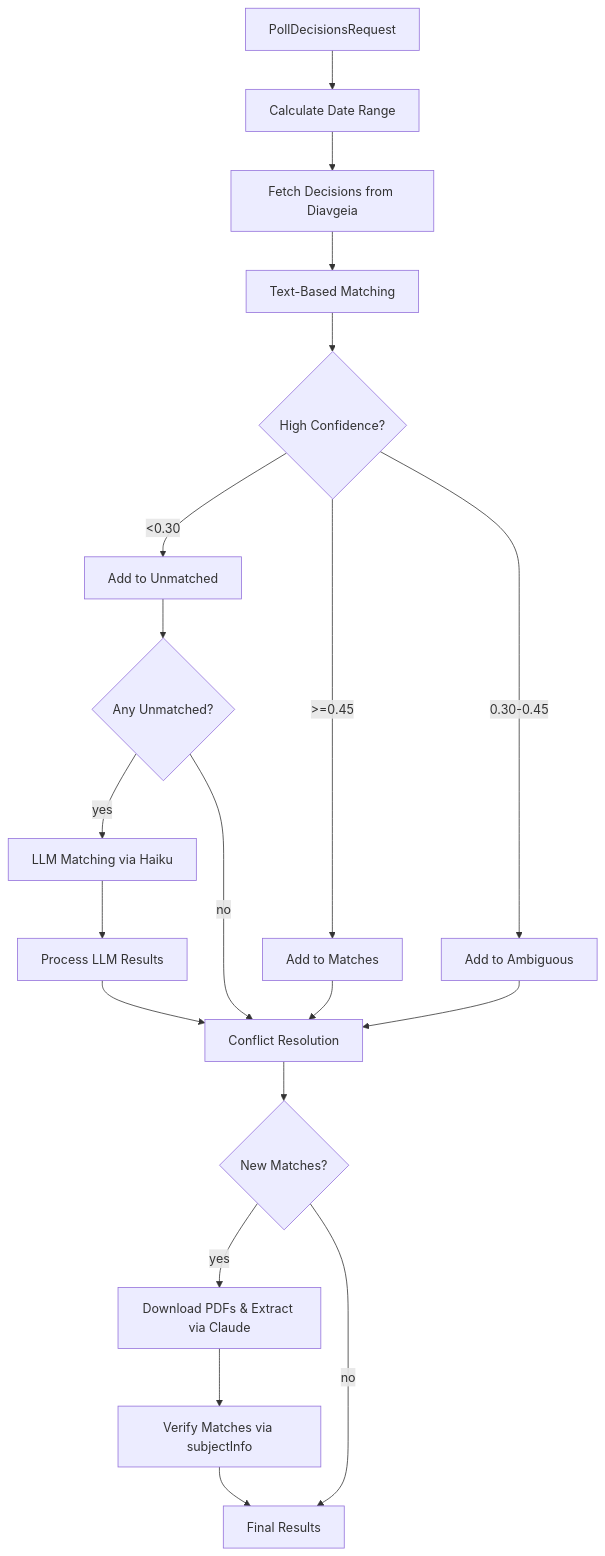
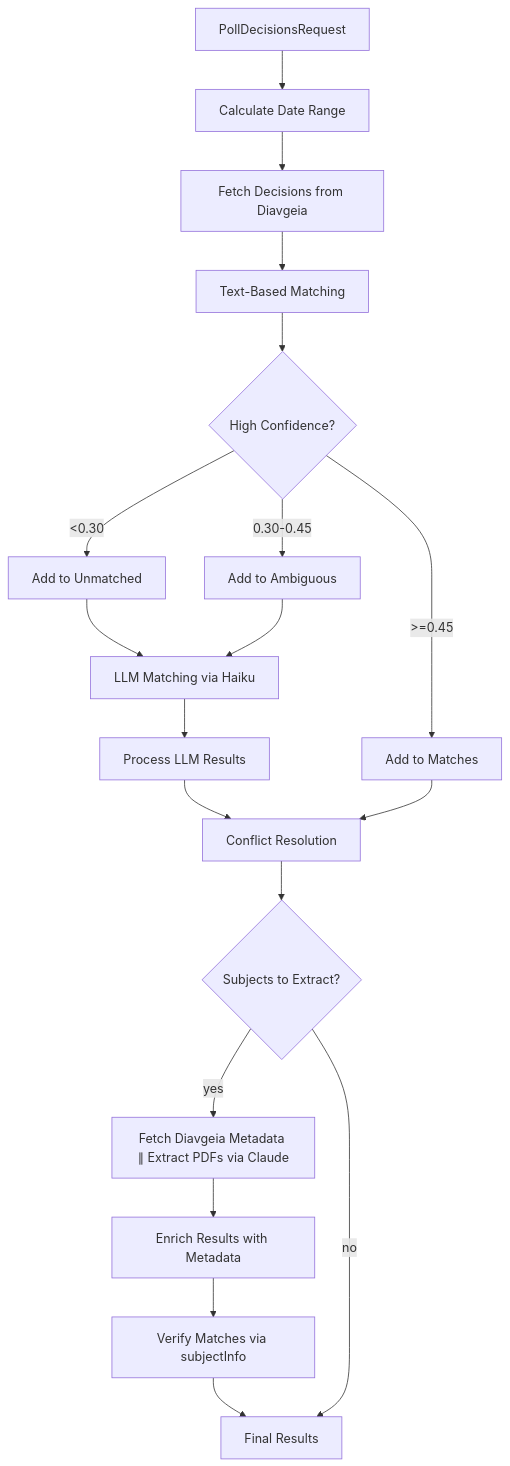
Before and after one commit to schemalabz/opencouncil-tasks: the diagram in docs/pollDecisions.md, drawn with Mermaid. The commit also changed other lines of this file and 1 other file, not shown here.

Commit message:
feat: resolve ambiguous subject matches via LLM
Ambiguous subjects (multiple candidates with similar text scores) were
left unresolved. Now they're included in the LLM matching pass alongside
unmatched subjects, allowing the LLM to disambiguate based on semantic
understanding (e.g. school numbers like "4ο Γυμνάσιο" vs "7ο Γυμνάσιο"
that text similarity can't differentiate).

````diff
--- a/docs/pollDecisions.md
+++ b/docs/pollDecisions.md
@@ -16,22 +16,21 @@
 ```mermaid
 flowchart TD
   A[PollDecisionsRequest] --> B[Calculate Date Range]
   B --> C[Fetch Decisions from Diavgeia]
   C --> D[Text-Based Matching]
   D --> E{High Confidence?}
   E -- >=0.45 --> F[Add to Matches]
   E -- 0.30-0.45 --> G[Add to Ambiguous]
   E -- <0.30 --> H[Add to Unmatched]
-  H --> I{Any Unmatched?}
-  I -- yes --> J[LLM Matching via Haiku]
-  J --> K[Process LLM Results]
-  K --> L[Conflict Resolution]
-  I -- no --> L
-  F --> L
-  G --> L
-  L --> M{New Matches?}
-  M -- yes --> N[Download PDFs & Extract via Claude]
+  H --> I[LLM Matching via Haiku]
+  G --> I
+  I --> J[Process LLM Results]
+  J --> K[Conflict Resolution]
+  F --> K
+  K --> L{Subjects to Extract?}
+  L -- yes --> M[Fetch Diavgeia Metadata ∥ Extract PDFs via Claude]
+  M --> N[Enrich Results with Metadata]
   N --> O[Verify Matches via subjectInfo]
   O --> P[Final Results]
-  M -- no --> P
+  L -- no --> P
 ```
````
